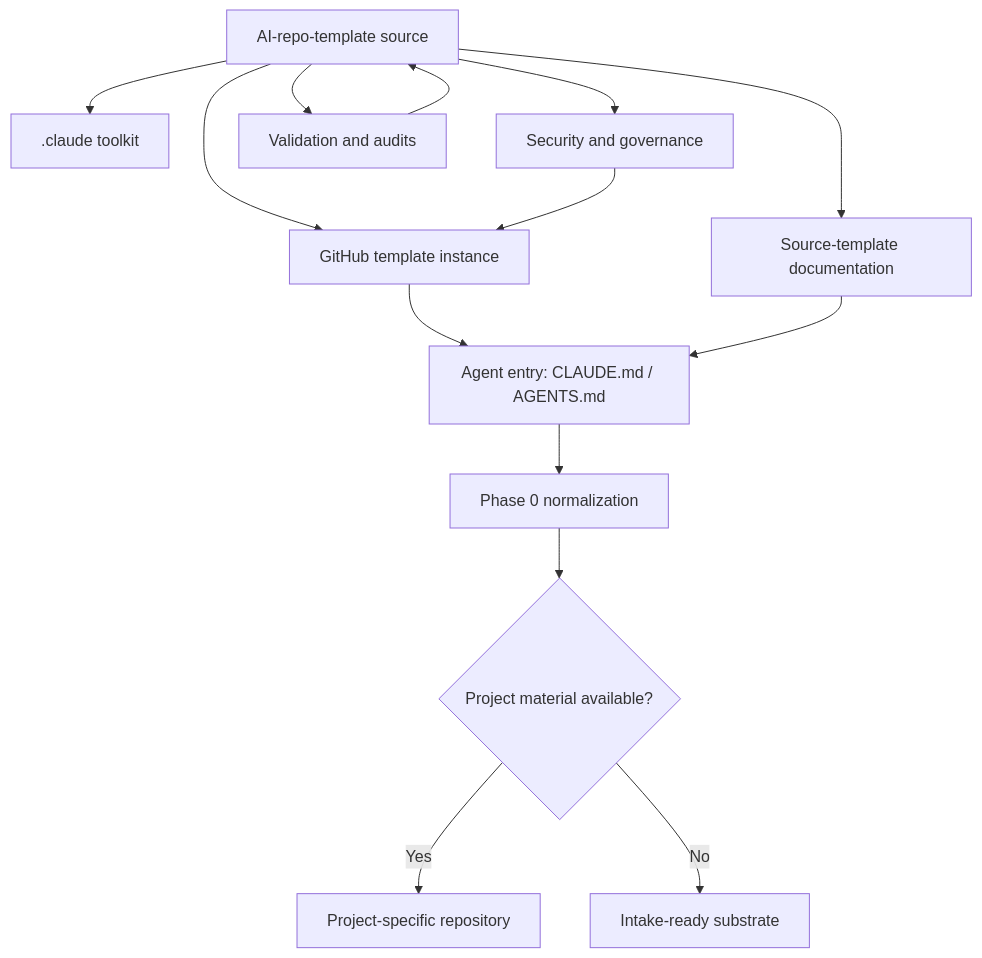
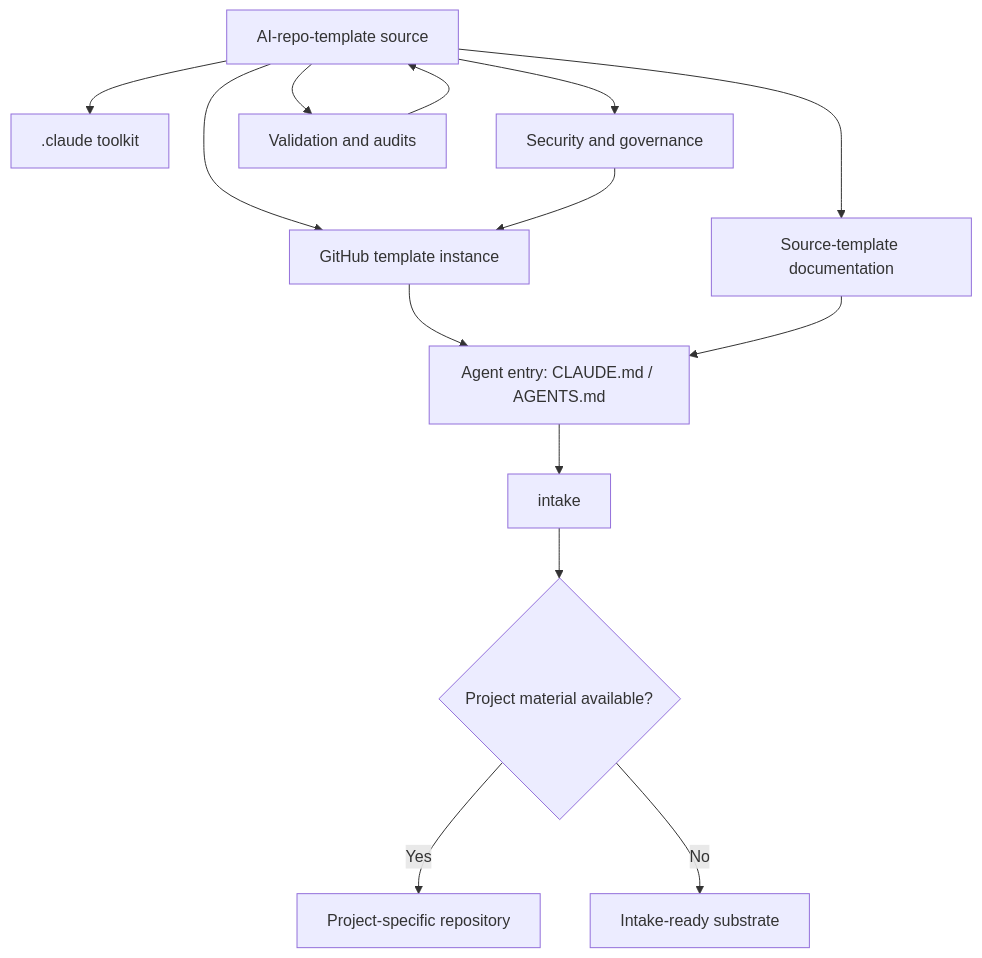
Before and after one commit to Daniel-T-S-Adams/AI-repo-template: the first of 2 diagrams in docs/ARCHITECTURE.md, drawn with Mermaid. The commit also changed other lines of this file and 49 other files, not shown here.

First line of the commit message:
feat: slot-based context architecture and AI review pipeline (#1)

````diff
--- a/docs/ARCHITECTURE.md
+++ b/docs/ARCHITECTURE.md
@@ -13,18 +13,18 @@
 ```mermaid
 graph TD
     T[AI-repo-template source] --> G[GitHub template instance]
     G --> E[Agent entry: CLAUDE.md / AGENTS.md]
-    E --> P[Phase 0 normalization]
+    E --> P[intake]
     P --> Q{Project material available?}
     Q -->|Yes| R[Project-specific repository]
     Q -->|No| S[Intake-ready substrate]
 
     T --> A[.claude toolkit]
     T --> H[Security and governance]
     T --> V[Validation and audits]
     T --> D[Source-template documentation]
 
     H --> G
     V --> T
     D --> E
 ```
````
